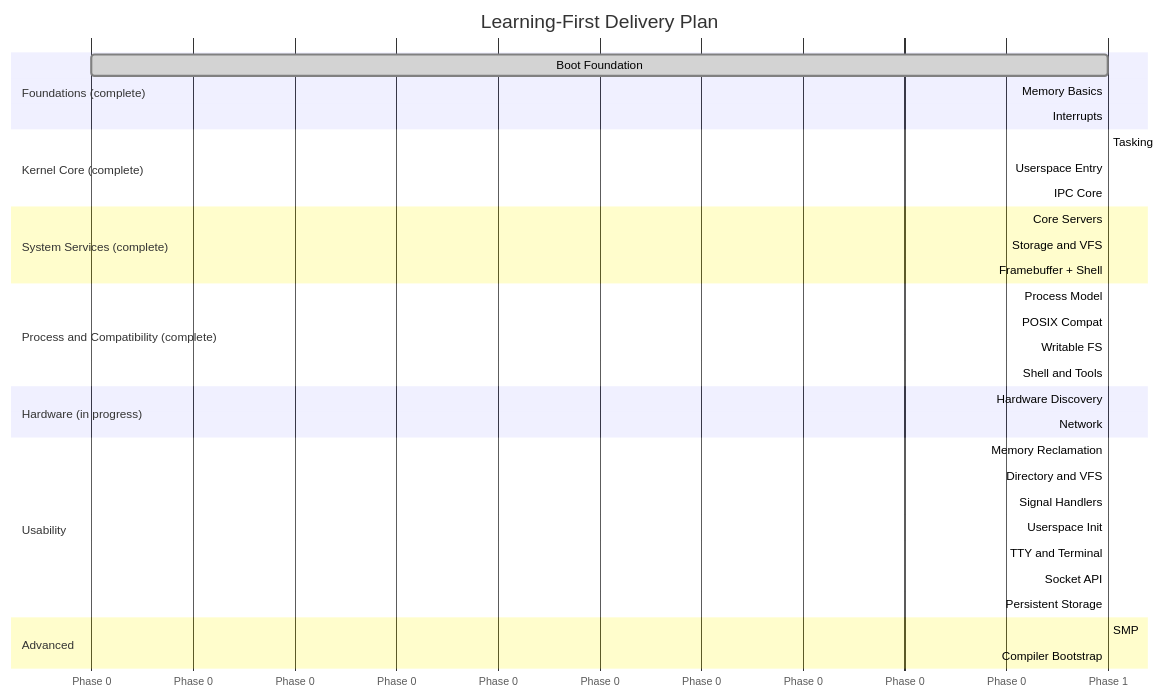
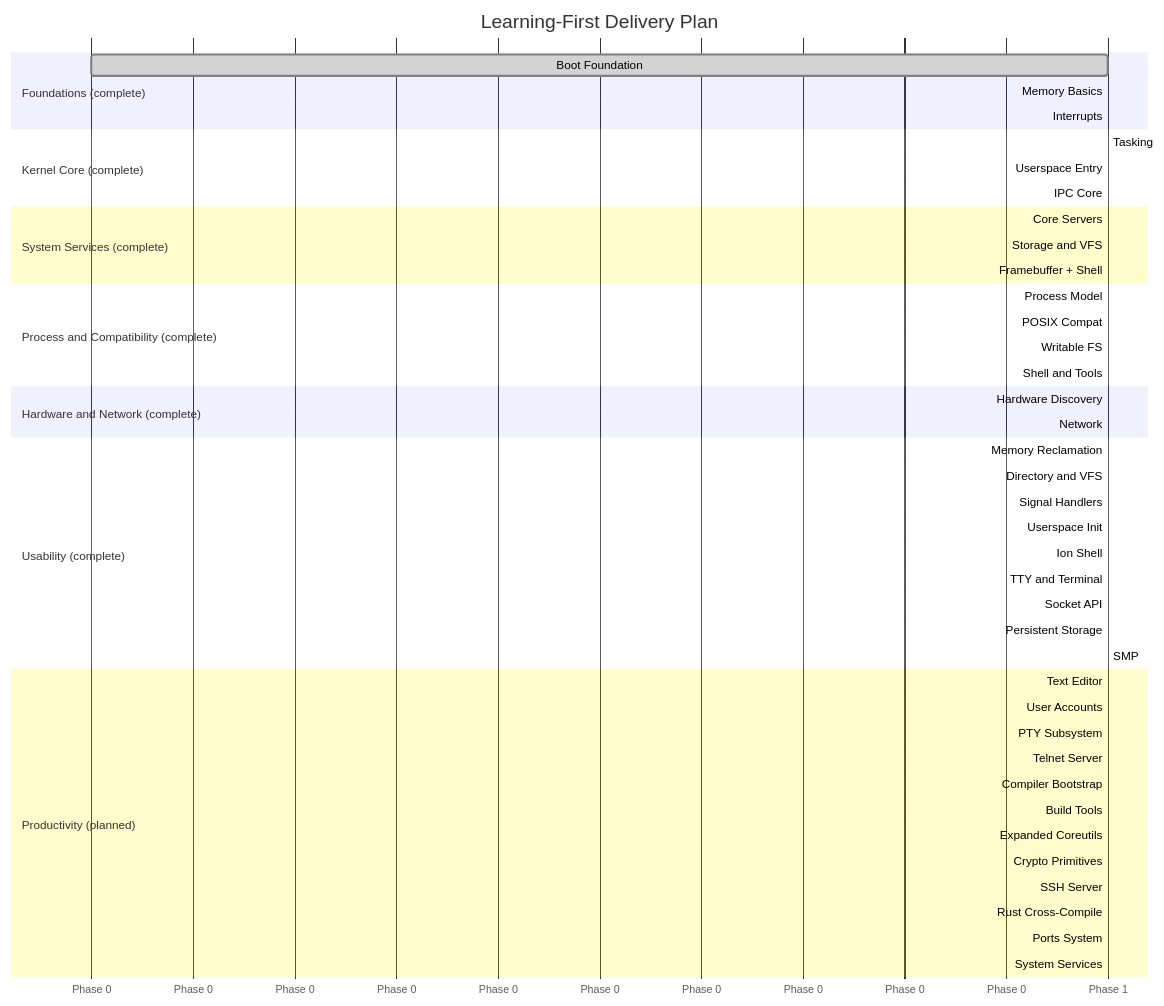
One commit to mikecubed/m3OS changed the second of 2 diagrams in docs/roadmap/README.md. Above: the diagram before and after it, drawn with Mermaid. The commit also changed other lines of this file and 13 other files, not shown here.

First line of the commit message:
docs: New productivity roadmap (Phases 26-37)

````diff
--- a/docs/roadmap/README.md
+++ b/docs/roadmap/README.md
@@ -127,44 +168,56 @@
 ```mermaid
 gantt
     title Learning-First Delivery Plan
     dateFormat X
     axisFormat Phase %s
 
     section Foundations (complete)
     Boot Foundation      :done, p1, 0, 1
     Memory Basics        :done, p2, after p1, 1
     Interrupts           :done, p3, after p1, 1
 
     section Kernel Core (complete)
     Tasking              :done, p4, after p2, 1
     Userspace Entry      :done, p5, after p4, 1
     IPC Core             :done, p6, after p5, 1
 
     section System Services (complete)
     Core Servers         :done, p7, after p6, 1
     Storage and VFS      :done, p8, after p7, 1
     Framebuffer + Shell  :done, p9, after p8, 1
 
     section Process and Compatibility (complete)
     Process Model        :done, p11, after p9, 1
     POSIX Compat         :done, p12, after p11, 1
     Writable FS          :done, p13, after p8, 1
     Shell and Tools      :done, p14, after p12, 1
 
-    section Hardware (in progress)
-    Hardware Discovery   :active, p15, after p3, 1
-    Network              :active, p16, after p15, 1
+    section Hardware and Network (complete)
+    Hardware Discovery   :done, p15, after p3, 1
+    Network              :done, p16, after p15, 1
 
-    section Usability
-    Memory Reclamation   :p17, after p14, 1
-    Directory and VFS    :p18, after p17, 1
-    Signal Handlers      :p19, after p18, 1
-    Userspace Init       :p20, after p19, 1
-    TTY and Terminal     :p21, after p20, 1
-    Socket API           :p22, after p16, 1
-    Persistent Storage   :p23, after p18, 1
+    section Usability (complete)
+    Memory Reclamation   :done, p17, after p14, 1
+    Directory and VFS    :done, p18, after p17, 1
+    Signal Handlers      :done, p19, after p18, 1
+    Userspace Init       :done, p20, after p19, 1
+    Ion Shell            :done, p21, after p20, 1
+    TTY and Terminal     :done, p22, after p21, 1
+    Socket API           :done, p23, after p22, 1
+    Persistent Storage   :done, p24, after p18, 1
+    SMP                  :done, p25, after p17, 1
 
-    section Advanced
-    SMP                  :p24, after p17, 1
-    Compiler Bootstrap   :p25, after p23, 1
+    section Productivity (planned)
+    Text Editor          :active, p26, after p24, 1
+    User Accounts        :p27, after p26, 1
+    PTY Subsystem        :p28, after p27, 1
+    Telnet Server        :p29, after p28, 1
+    Compiler Bootstrap   :p30, after p26, 1
+    Build Tools          :p31, after p30, 1
+    Expanded Coreutils   :p32, after p27, 1
+    Crypto Primitives    :p33, after p30, 1
+    SSH Server           :p34, after p33, 1
+    Rust Cross-Compile   :p35, after p24, 1
+    Ports System         :p36, after p31, 1
+    System Services      :p37, after p29, 1
 ```
````
